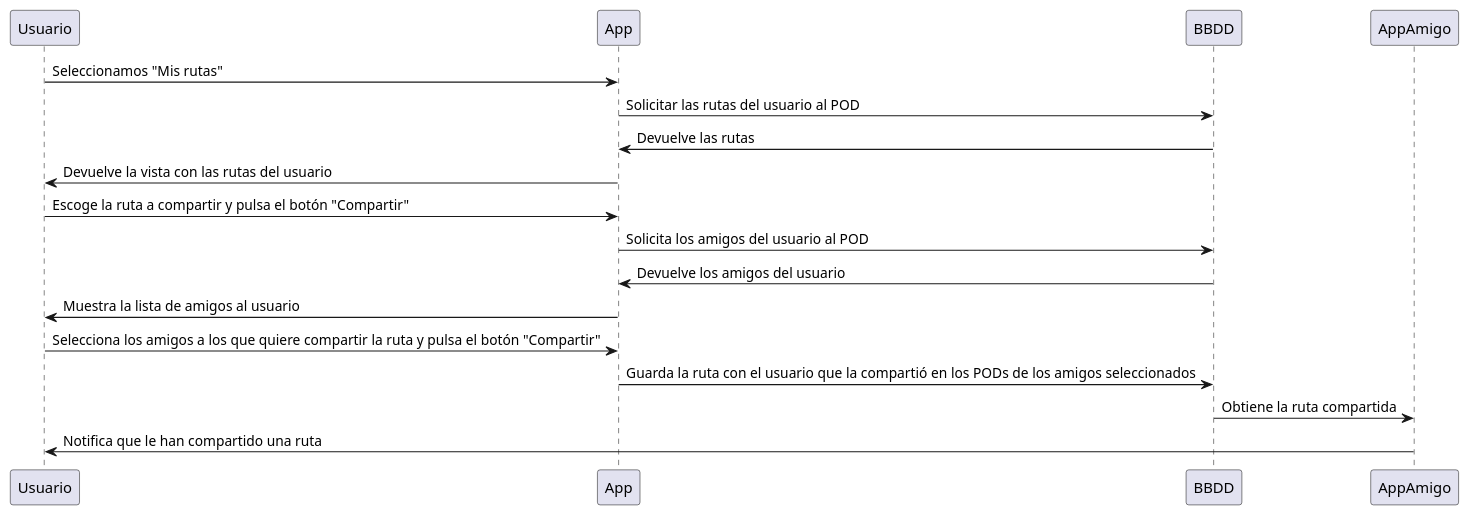
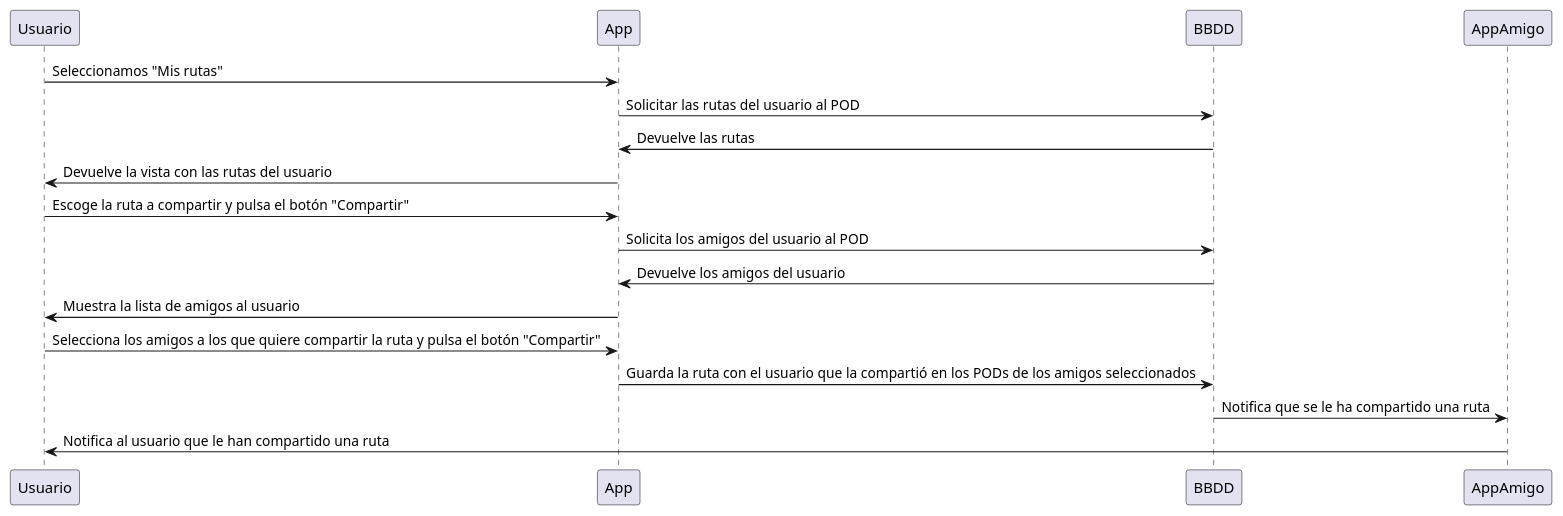
One commit to Arquisoft/viade_es5b changed the seventh of 7 diagrams in src/docs/06_runtime_view.adoc. Above: the diagram before and after it, drawn with PlantUML. The commit also changed other lines of this file, not shown here.

```diff
--- a/src/docs/06_runtime_view.adoc
+++ b/src/docs/06_runtime_view.adoc
@@ -140,16 +140,16 @@
 [plantuml,"DiagramaCompartirRuta",png]
 ----
 Usuario -> App: Seleccionamos "Mis rutas"
 App -> BBDD : Solicitar las rutas del usuario al POD
 BBDD -> App: Devuelve las rutas
 App -> Usuario: Devuelve la vista con las rutas del usuario
 Usuario -> App: Escoge la ruta a compartir y pulsa el botón "Compartir"
 App -> BBDD: Solicita los amigos del usuario al POD
 BBDD -> App: Devuelve los amigos del usuario
 App -> Usuario: Muestra la lista de amigos al usuario
 Usuario -> App: Selecciona los amigos a los que quiere compartir la ruta y pulsa el botón "Compartir"
 App -> BBDD: Guarda la ruta con el usuario que la compartió en los PODs de los amigos seleccionados
-BBDD -> AppAmigo: Obtiene la ruta compartida
-AppAmigo -> Usuario: Notifica que le han compartido una ruta
+BBDD -> AppAmigo: Notifica que se le ha compartido una ruta
+AppAmigo -> Usuario: Notifica al usuario que le han compartido una ruta
 
 ----
```
